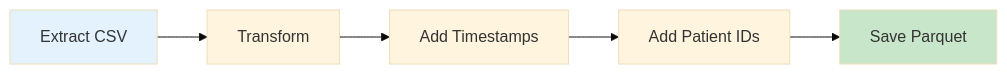
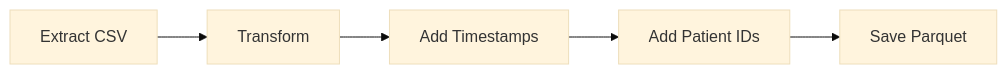
The second of 5 diagrams in README.md (velosoberti/MLOps), drawn with Mermaid (base theme) before and after one commit. The commit also changed other lines of this file, not shown here.

````diff
--- a/README.md
+++ b/README.md
@@ -152,10 +146,7 @@
 ```mermaid
 graph LR
     A[Extract CSV] --> B[Transform]
     B --> C[Add Timestamps]
     C --> D[Add Patient IDs]
     D --> E[Save Parquet]
-    
-    style A fill:#e3f2fd
-    style E fill:#c8e6c9
 ```
````
